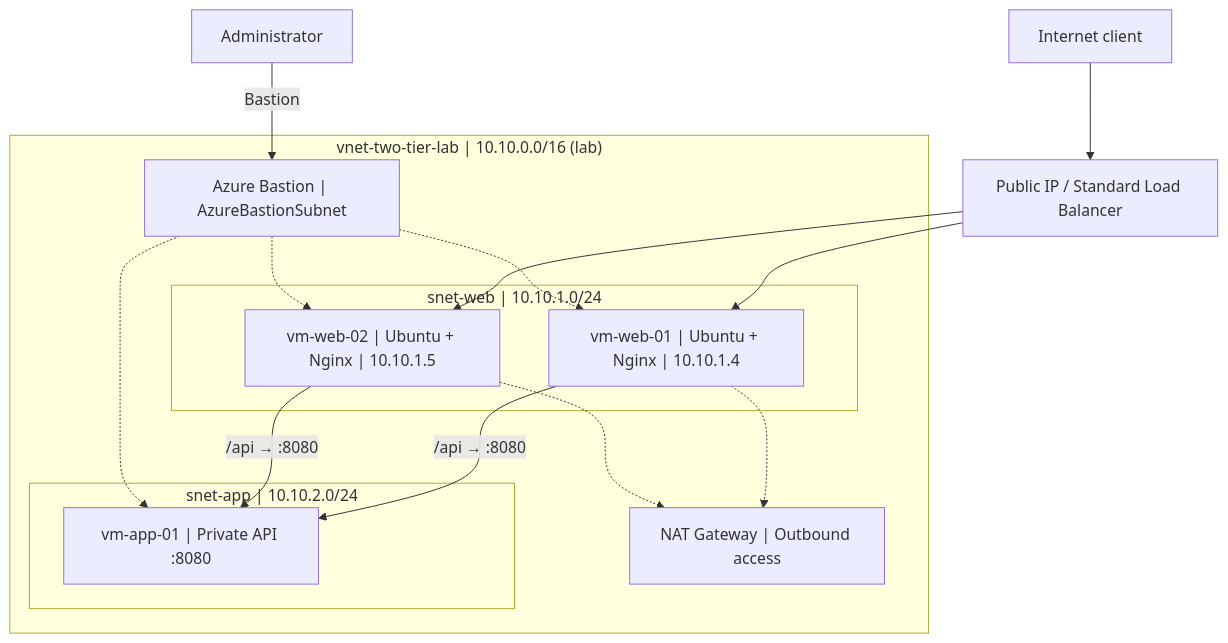
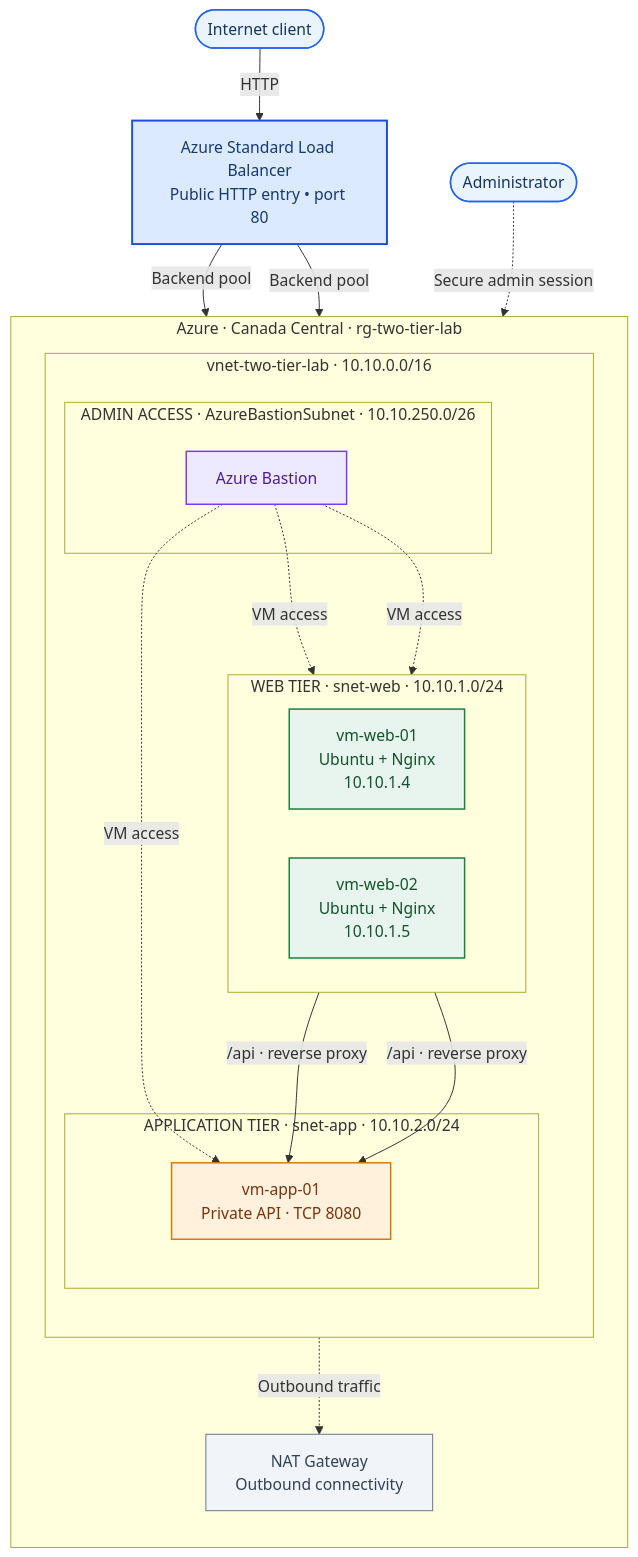
One commit to Nischay192/2-Tier-VNet-Bastion-Lab changed the diagram in README.md. Above: the diagram before and after it, drawn with Mermaid. The commit also changed other lines of this file, not shown here.

Commit message:
Upgrade README with structured Azure architecture diagram

````diff
--- a/README.md
+++ b/README.md
@@ -15,25 +15,49 @@
 ```mermaid
 flowchart TB
-    User["Internet client"] --> PIP["Public IP / Standard Load Balancer"]
-    PIP --> WEB1["vm-web-01 | Ubuntu + Nginx | 10.10.1.4"]
-    PIP --> WEB2["vm-web-02 | Ubuntu + Nginx | 10.10.1.5"]
-    subgraph VNET["vnet-two-tier-lab | 10.10.0.0/16 (lab)"]
-        subgraph WEB["snet-web | 10.10.1.0/24"]
-            WEB1
-            WEB2
+    CLIENT(["Internet client"])
+    ADMIN(["Administrator"])
+    LB["Azure Standard Load Balancer<br/>Public HTTP entry • port 80"]
+
+    subgraph RG["Azure · Canada Central · rg-two-tier-lab"]
+        direction TB
+        subgraph VNET["vnet-two-tier-lab · 10.10.0.0/16"]
+            direction TB
+            subgraph WEB["WEB TIER · snet-web · 10.10.1.0/24"]
+                direction LR
+                W1["vm-web-01<br/>Ubuntu + Nginx<br/>10.10.1.4"]
+                W2["vm-web-02<br/>Ubuntu + Nginx<br/>10.10.1.5"]
+            end
+            subgraph APP["APPLICATION TIER · snet-app · 10.10.2.0/24"]
+                API["vm-app-01<br/>Private API · TCP 8080"]
+            end
+            subgraph BASNET["ADMIN ACCESS · AzureBastionSubnet · 10.10.250.0/26"]
+                BAS["Azure Bastion"]
+            end
         end
-        subgraph APP["snet-app | 10.10.2.0/24"]
-            API["vm-app-01 | Private API :8080"]
-        end
-        BASTION["Azure Bastion | AzureBastionSubnet"]
-        NAT["NAT Gateway | Outbound access"]
+        NAT["NAT Gateway<br/>Outbound connectivity"]
     end
-    WEB1 -->|"/api → :8080"| API
-    WEB2 -->|"/api → :8080"| API
-    Admin["Administrator"] -->|Bastion| BASTION
-    BASTION -.-> WEB1
-    BASTION -.-> WEB2
-    BASTION -.-> API
-    WEB1 -.-> NAT
-    WEB2 -.-> NAT
+
+    CLIENT -->|"HTTP"| LB
+    LB -->|"Backend pool"| W1
+    LB -->|"Backend pool"| W2
+    W1 -->|"/api · reverse proxy"| API
+    W2 -->|"/api · reverse proxy"| API
+    ADMIN -.->|"Secure admin session"| BAS
+    BAS -.->|"VM access"| W1
+    BAS -.->|"VM access"| W2
+    BAS -.->|"VM access"| API
+    WEB -.->|"Outbound traffic"| NAT
+
+    classDef external fill:#eaf4ff,stroke:#2563eb,color:#16345d,stroke-width:1.5px;
+    classDef entry fill:#dbeafe,stroke:#1d4ed8,color:#173a71,stroke-width:2px;
+    classDef web fill:#e7f5ee,stroke:#15803d,color:#14532d,stroke-width:1.5px;
+    classDef app fill:#fff1dc,stroke:#d97706,color:#78350f,stroke-width:1.5px;
+    classDef admin fill:#ede9fe,stroke:#7c3aed,color:#4c1d95,stroke-width:1.5px;
+    classDef egress fill:#f1f5f9,stroke:#64748b,color:#334155;
+    class CLIENT,ADMIN external;
+    class LB entry;
+    class W1,W2 web;
+    class API app;
+    class BAS admin;
+    class NAT egress;
 ```
````
